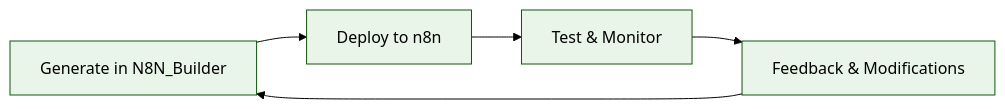
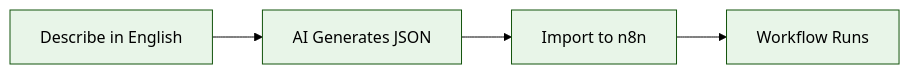
One commit to vbwyrde/N8N_Builder changed the diagram in Documentation/DOCUMENTATION_INDEX.md. Above: the diagram before and after it, drawn with Mermaid (forest theme). The commit also changed other lines of this file and 27 other files, not shown here.

````diff
--- a/Documentation/DOCUMENTATION_INDEX.md
+++ b/Documentation/DOCUMENTATION_INDEX.md
@@ -186,10 +28,9 @@
 ```mermaid
 graph LR
-    A[Generate in N8N_Builder] --> B[Deploy to n8n]
-    B --> C[Test & Monitor]
-    C --> D[Feedback & Modifications]
-    D --> A
-    
+    A[Describe in English] --> B[AI Generates JSON]
+    B --> C[Import to n8n]
+    C --> D[Workflow Runs]
+
     classDef process fill:#e8f5e8
     class A,B,C,D process
 ```
````
